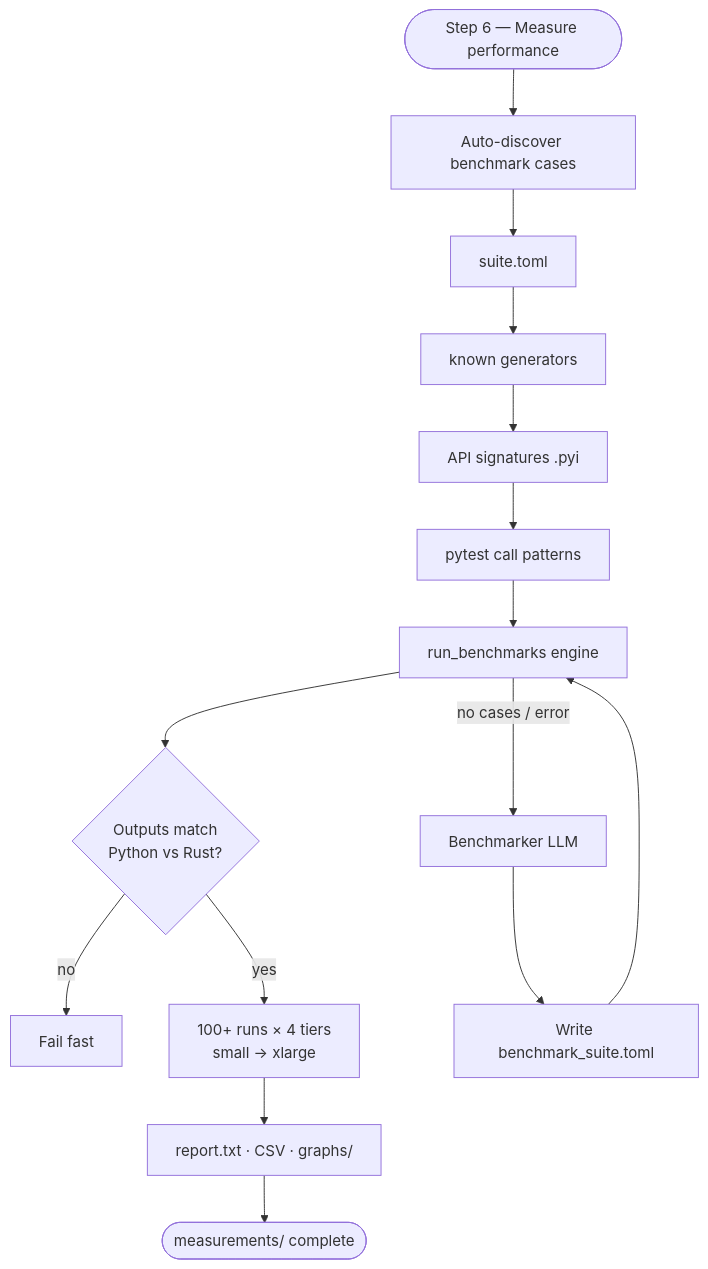
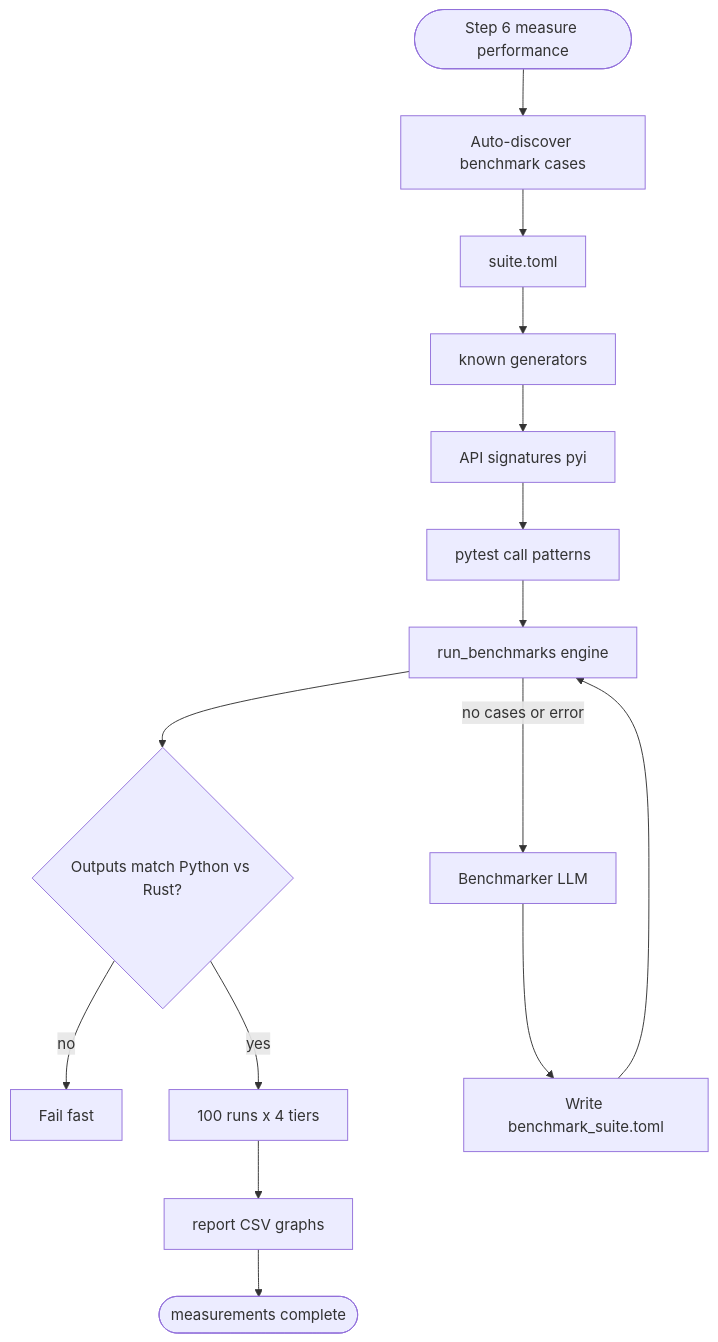
One commit to Haaparanta/AaltoAI-Ai-For-Good changed the eighth of 11 diagrams in README.md. Above: the diagram before and after it, drawn with Mermaid. The commit also changed other lines of this file and 4 other files, not shown here.

````diff
--- a/README.md
+++ b/README.md
@@ -293,17 +295,17 @@
 ```mermaid
 flowchart TD
-    S6([Step 6 — Measure performance]) --> Auto[Auto-discover benchmark cases]
+    S6([Step 6 measure performance]) --> Auto[Auto-discover benchmark cases]
     Auto --> D1[suite.toml]
     D1 --> D2[known generators]
-    D2 --> D3[API signatures .pyi]
+    D2 --> D3[API signatures pyi]
     D3 --> D4[pytest call patterns]
     D4 --> Engine[run_benchmarks engine]
-    Engine --> Match{Outputs match\nPython vs Rust?}
+    Engine --> Match{"Outputs match Python vs Rust?"}
     Match -->|no| Fail[Fail fast]
-    Match -->|yes| Time[100+ runs × 4 tiers\nsmall → xlarge]
-    Time --> Out[report.txt · CSV · graphs/]
-    Engine -->|no cases / error| LLM[Benchmarker LLM]
+    Match -->|yes| Time["100 runs x 4 tiers"]
+    Time --> Out["report CSV graphs"]
+    Engine -->|no cases or error| LLM[Benchmarker LLM]
     LLM --> Write[Write benchmark_suite.toml]
     Write --> Engine
-    Out --> End([measurements/ complete])
+    Out --> End([measurements complete])
 ```
````
